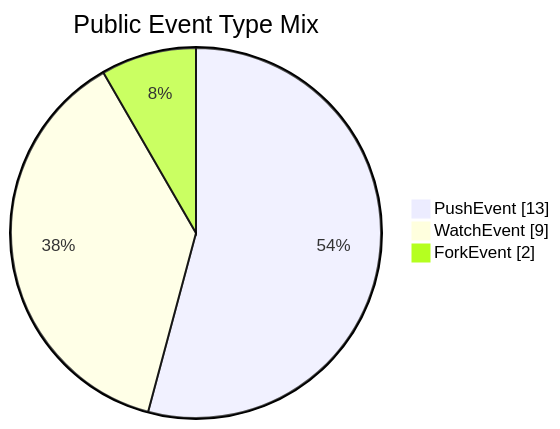
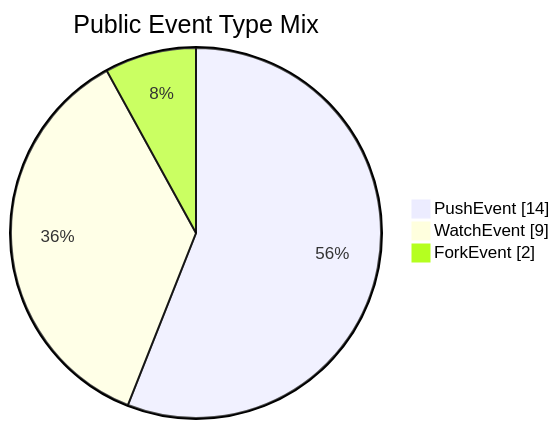
Before and after one commit to manhquydev/manhquydev: the second of 2 diagrams in README.md, drawn with Mermaid. The commit also changed other lines of this file and 2 other files, not shown here.

````diff
--- a/README.md
+++ b/README.md
@@ -164,7 +164,7 @@
 ```mermaid
 pie showData
   title Public Event Type Mix
-  "PushEvent" : 13
+  "PushEvent" : 14
   "WatchEvent" : 9
   "ForkEvent" : 2
 ```
````
